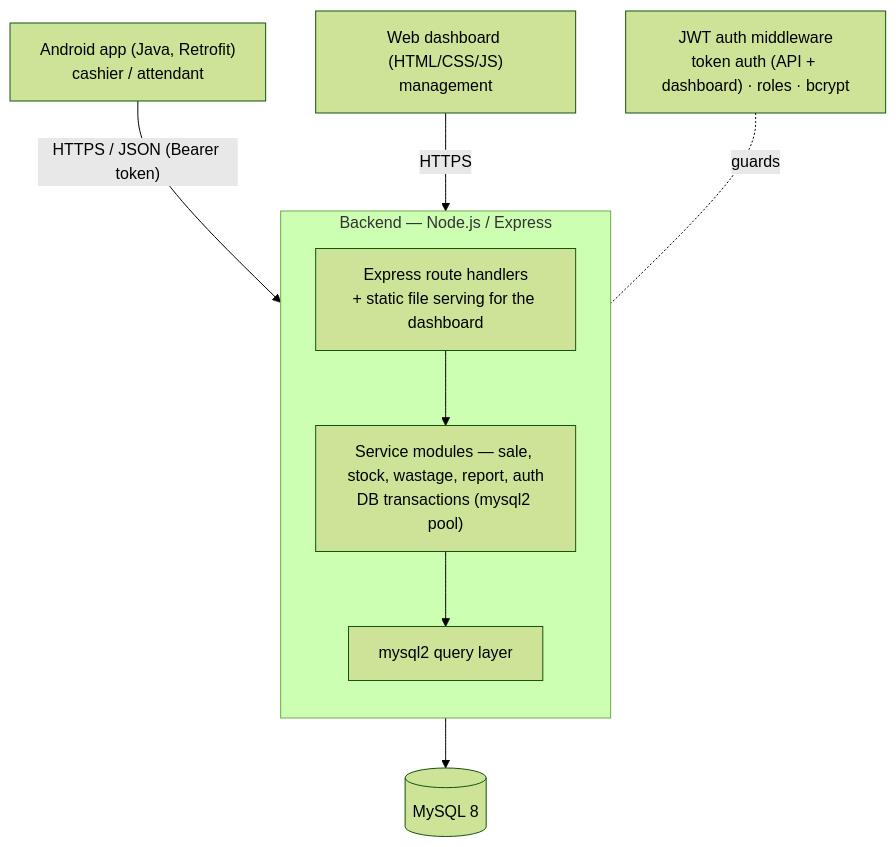
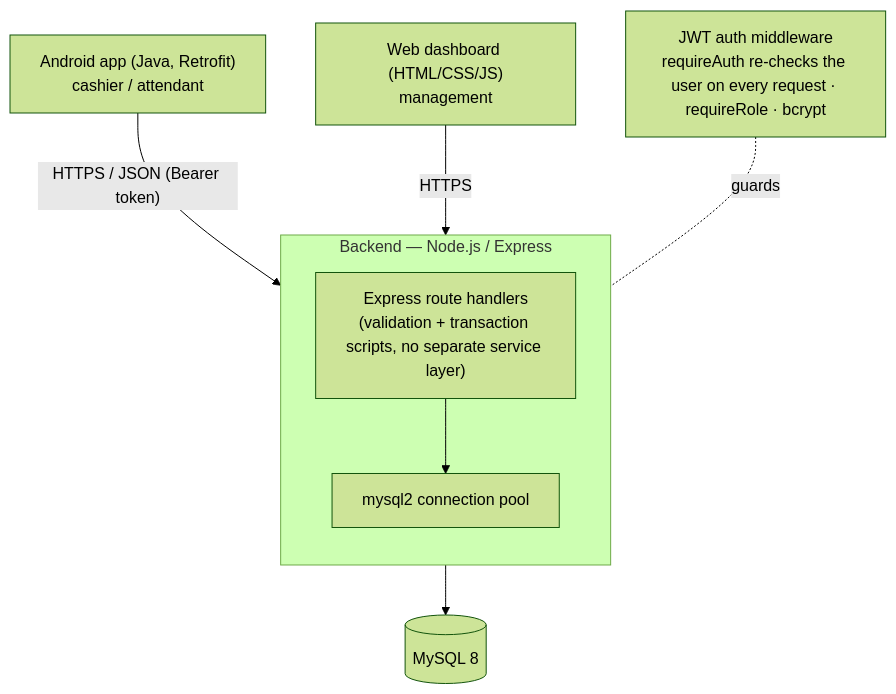
Before and after one commit to Goodson-Jr/Smart-Butchery-Inventory-Management-System: the diagram in docs/architecture.md, drawn with Mermaid (forest theme). The commit also changed other lines of this file and 6 other files, not shown here.

````diff
--- a/docs/architecture.md
+++ b/docs/architecture.md
@@ -9,18 +9,17 @@
 ```mermaid
 flowchart TD
     A["Android app (Java, Retrofit)<br/>cashier / attendant"]
     W["Web dashboard (HTML/CSS/JS)<br/>management"]
     subgraph S["Backend — Node.js / Express"]
       direction TB
-      R["Express route handlers<br/>+ static file serving for the dashboard"]
-      SV["Service modules — sale, stock, wastage, report, auth<br/>DB transactions (mysql2 pool)"]
-      D["mysql2 query layer"]
+      R["Express route handlers<br/>(validation + transaction scripts, no separate service layer)"]
+      D["mysql2 connection pool"]
     end
     DB[("MySQL 8")]
-    SEC["JWT auth middleware<br/>token auth (API + dashboard) · roles · bcrypt"]
+    SEC["JWT auth middleware<br/>requireAuth re-checks the user on every request · requireRole · bcrypt"]
 
     A -- "HTTPS / JSON (Bearer token)" --> R
     W -- "HTTPS" --> R
-    R --> SV --> D --> DB
+    R --> D --> DB
     SEC -. guards .- R
 ```
````
